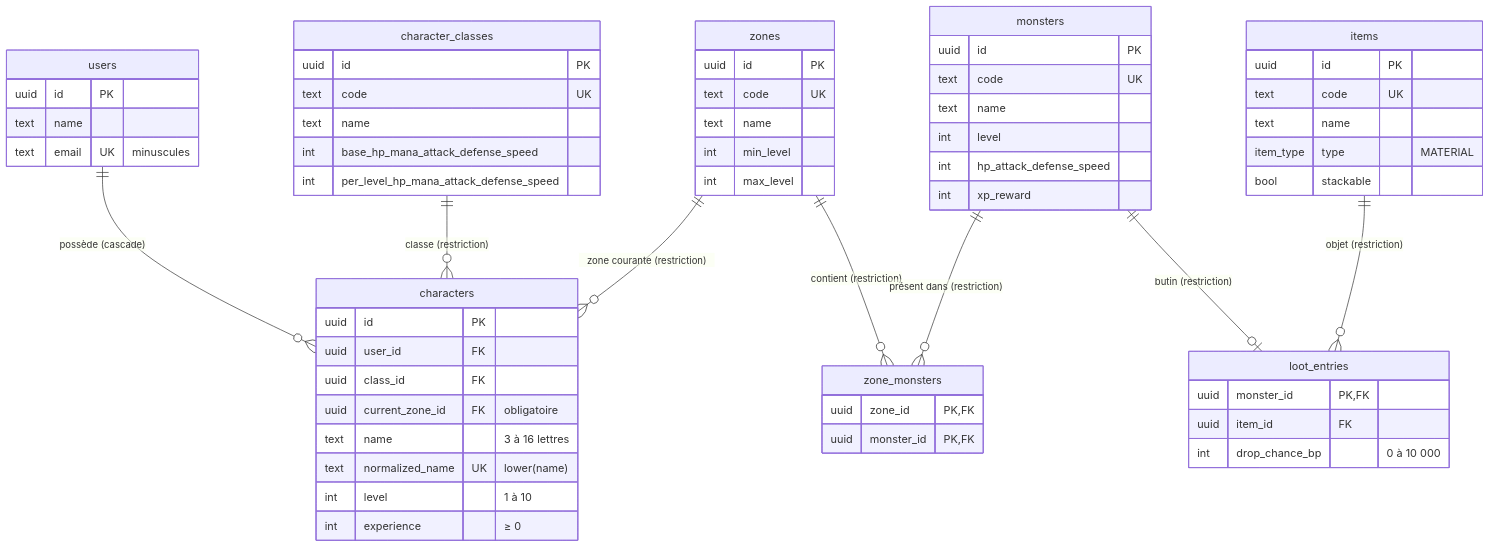
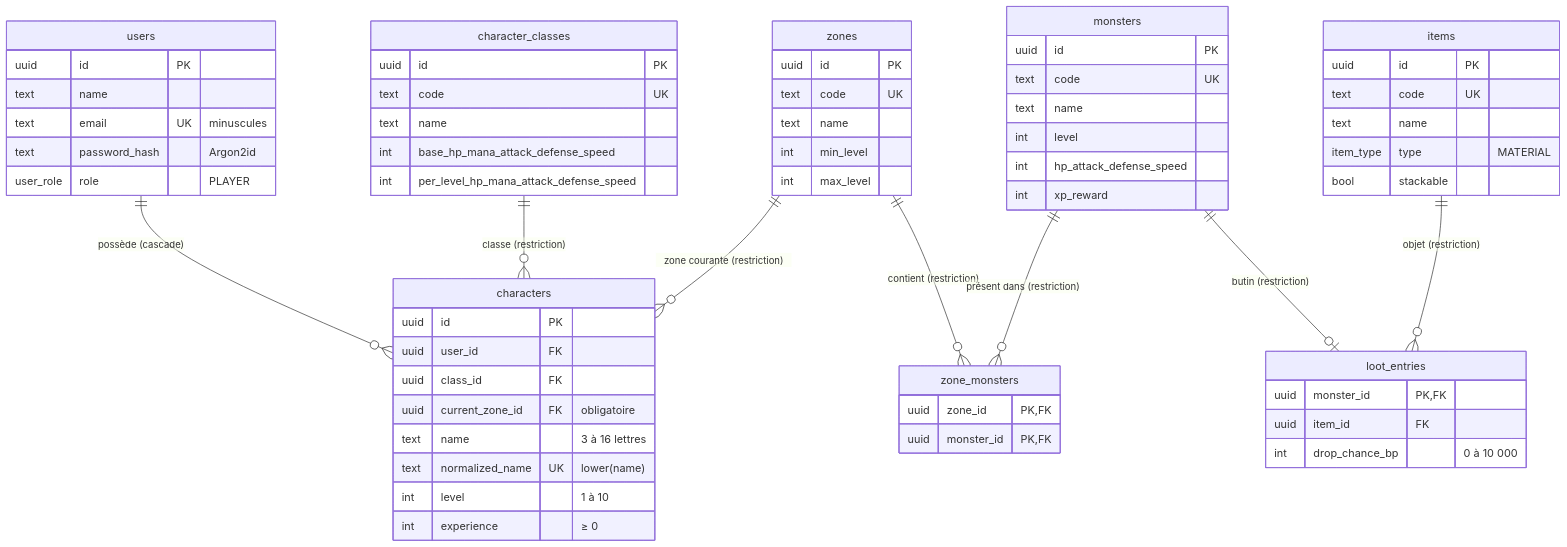
The diagram in docs/architecture/data-model.md (Tom0204/BackendNode), drawn with Mermaid before and after one commit. The commit also changed other lines of this file and 46 other files, not shown here.

````diff
--- a/docs/architecture/data-model.md
+++ b/docs/architecture/data-model.md
@@ -19,64 +19,66 @@
 ```mermaid
 erDiagram
     users ||--o{ characters : "possède (cascade)"
     character_classes ||--o{ characters : "classe (restriction)"
     zones ||--o{ characters : "zone courante (restriction)"
     zones ||--o{ zone_monsters : "contient (restriction)"
     monsters ||--o{ zone_monsters : "présent dans (restriction)"
     monsters ||--o| loot_entries : "butin (restriction)"
     items ||--o{ loot_entries : "objet (restriction)"
 
     users {
         uuid id PK
         text name
         text email UK "minuscules"
+        text password_hash "Argon2id"
+        user_role role "PLAYER"
     }
     characters {
         uuid id PK
         uuid user_id FK
         uuid class_id FK
         uuid current_zone_id FK "obligatoire"
         text name "3 à 16 lettres"
         text normalized_name UK "lower(name)"
         int level "1 à 10"
         int experience "≥ 0"
     }
     character_classes {
         uuid id PK
         text code UK
         text name
         int base_hp_mana_attack_defense_speed
         int per_level_hp_mana_attack_defense_speed
     }
     zones {
         uuid id PK
         text code UK
         text name
         int min_level
         int max_level
     }
     monsters {
         uuid id PK
         text code UK
         text name
         int level
         int hp_attack_defense_speed
         int xp_reward
     }
     zone_monsters {
         uuid zone_id PK,FK
         uuid monster_id PK,FK
     }
     items {
         uuid id PK
         text code UK
         text name
         item_type type "MATERIAL"
         bool stackable
     }
     loot_entries {
         uuid monster_id PK,FK
         uuid item_id FK
         int drop_chance_bp "0 à 10 000"
     }
 ```
````
